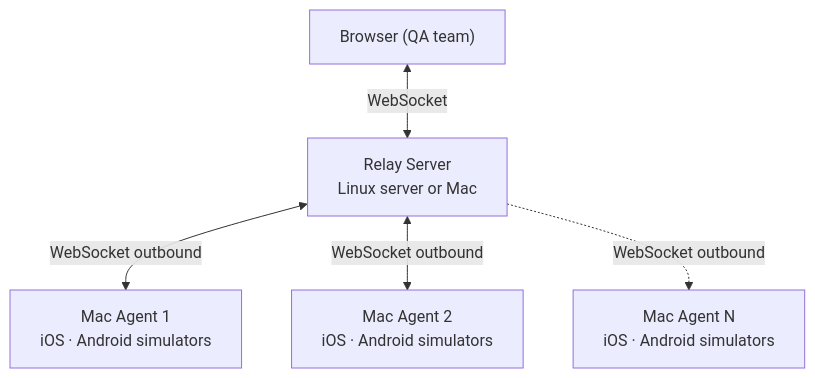
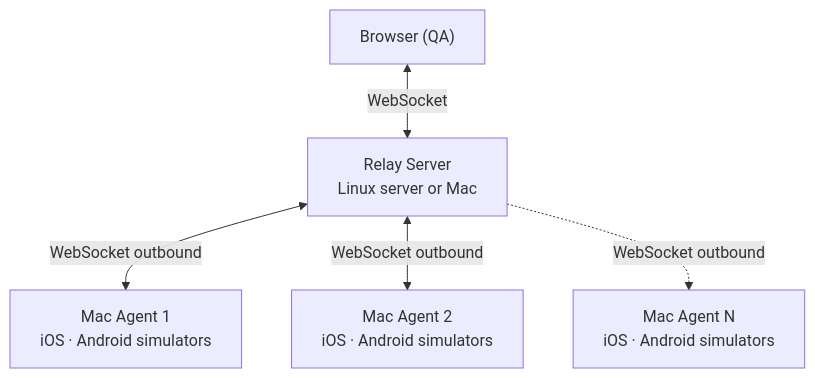
Before and after one commit to jo-duchan/tapflow: the diagram in docs/guide/introduction.md, drawn with Mermaid. The commit also changed other lines of this file and 3 other files, not shown here.

````diff
--- a/docs/guide/introduction.md
+++ b/docs/guide/introduction.md
@@ -18,13 +18,13 @@
 ```mermaid
 flowchart TD
-    B["Browser (QA team)"]
+    B["Browser (QA)"]
     R["Relay Server<br/>Linux server or Mac"]
     A1["Mac Agent 1<br/>iOS · Android simulators"]
     A2["Mac Agent 2<br/>iOS · Android simulators"]
     More["Mac Agent N<br/>iOS · Android simulators"]
 
     B <-->|WebSocket| R
     R <-->|WebSocket outbound| A1
     R <-->|WebSocket outbound| A2
     R -.->|WebSocket outbound| More
 ```
````
